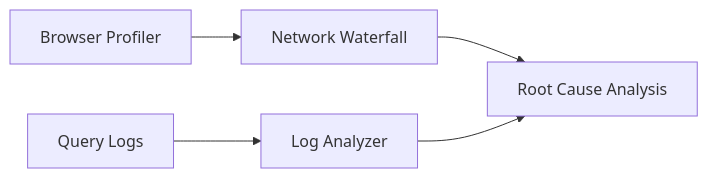
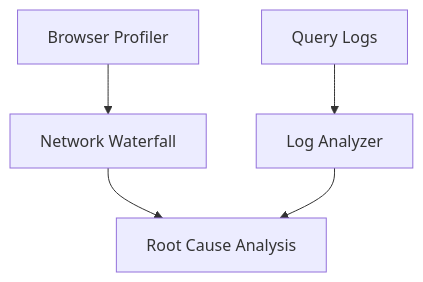
One commit to j4flmao/agent-skills changed the diagram in skills/data/data-bi-tools/references/troubleshooting_guide.md. Above: the diagram before and after it, drawn with Mermaid. The commit also changed 423 other files, not shown here.

Commit message:
style: Intelligently adjust Mermaid graph orientation (TD vs LR) based on branching factor and subgraphs to optimize readability

````diff
--- a/skills/data/data-bi-tools/references/troubleshooting_guide.md
+++ b/skills/data/data-bi-tools/references/troubleshooting_guide.md
@@ -20,7 +20,7 @@
 ```mermaid
-graph LR
+graph TD
     A[Browser Profiler] --> B[Network Waterfall]
     C[Query Logs] --> D[Log Analyzer]
     B --> E[Root Cause Analysis]
     D --> E
 ```
````
